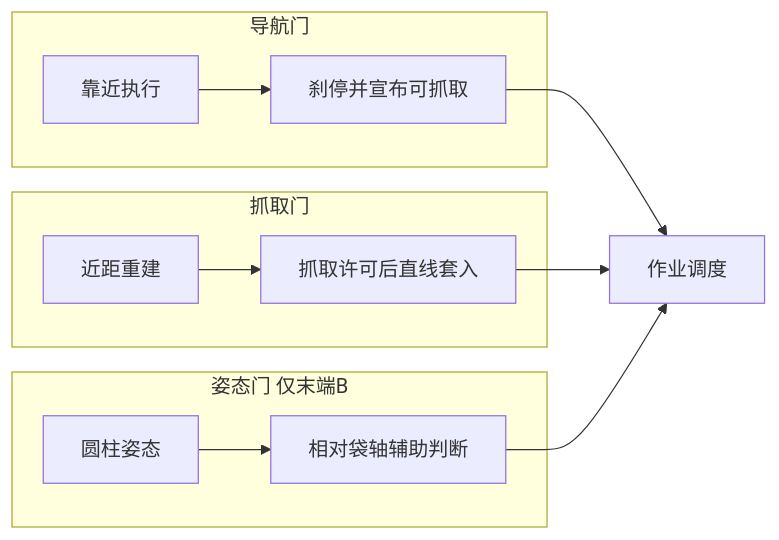
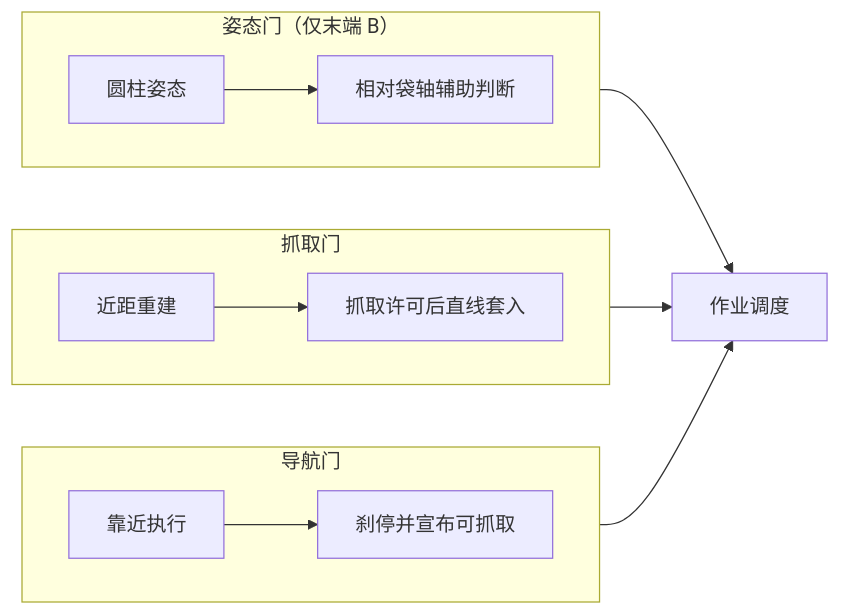
Before and after one commit to MUHAN11-c/aubo_boot: the diagram in plans/感知抓取与自主导航联合项目设计/figures/fig06_三门协同.mmd, drawn with Mermaid. The commit also changed 189 other files, not shown here.

```diff
--- a/plans/感知抓取与自主导航联合项目设计/figures/fig06_三门协同.mmd
+++ b/plans/感知抓取与自主导航联合项目设计/figures/fig06_三门协同.mmd
@@ -1,14 +1,17 @@
+%% 图8-1 运行控制：导航门、抓取门、姿态门（仅末端 B）
 flowchart LR
   subgraph NAV[导航门]
+    direction LR
     N1[靠近执行] --> N2[刹停并宣布可抓取]
   end
   subgraph ARM[抓取门]
+    direction LR
     A1[近距重建] --> A2[抓取许可后直线套入]
   end
-  subgraph TOOL[姿态门 仅末端B]
+  subgraph TOOL[姿态门（仅末端 B）]
+    direction LR
     T1[圆柱姿态] --> T2[相对袋轴辅助判断]
   end
-  SCH[作业调度]
-  N2 --> SCH
+  N2 --> SCH[作业调度]
   A2 --> SCH
   T2 --> SCH
```
